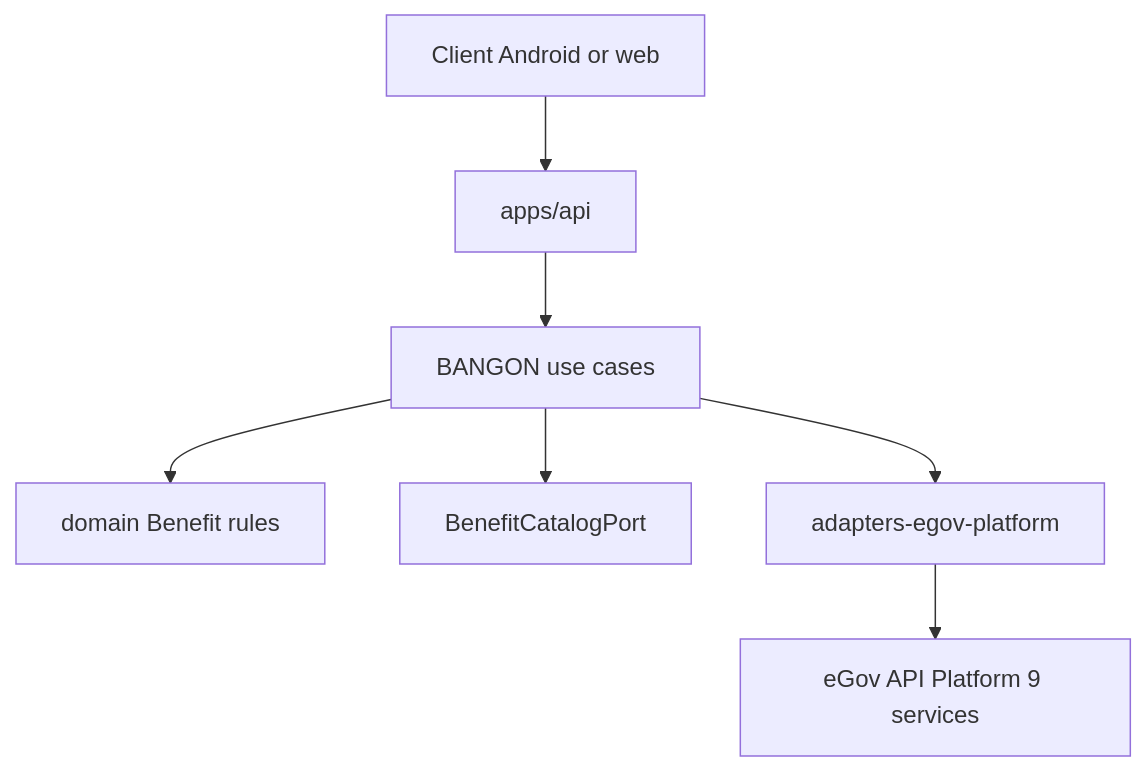
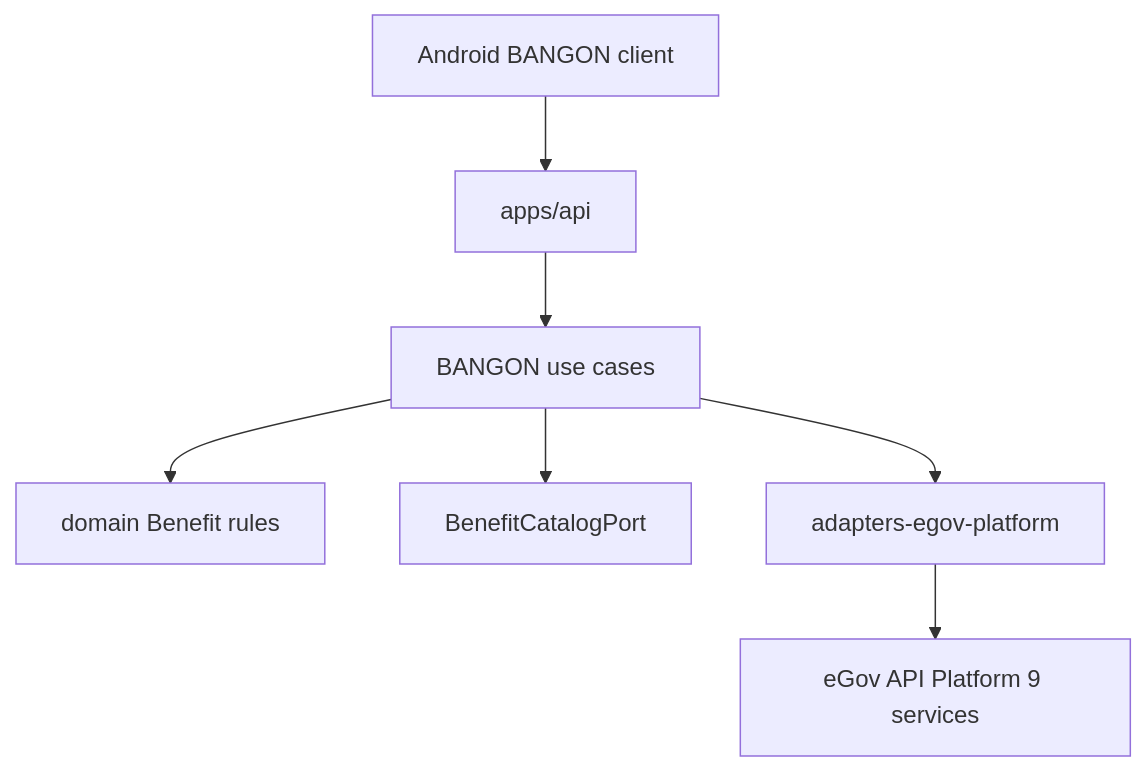
The second of 2 diagrams in README.md (TadeyRuk/eGov), drawn with Mermaid before and after one commit. The commit also changed other lines of this file and 31 other files, not shown here.

First line of the commit message:
Close Phase 1–2 BANGON backend gaps and document Android-first client.

````diff
--- a/README.md
+++ b/README.md
@@ -98,15 +100,15 @@
 ```mermaid
 flowchart TB
-  Client[Client Android or web]
+  Client[Android BANGON client]
   Api[apps/api]
   UC[BANGON use cases]
   Domain[domain Benefit rules]
   Catalog[BenefitCatalogPort]
   Platform[adapters-egov-platform]
   Ext[eGov API Platform 9 services]
 
   Client --> Api --> UC
   UC --> Domain
   UC --> Catalog
   UC --> Platform --> Ext
 ```
````
